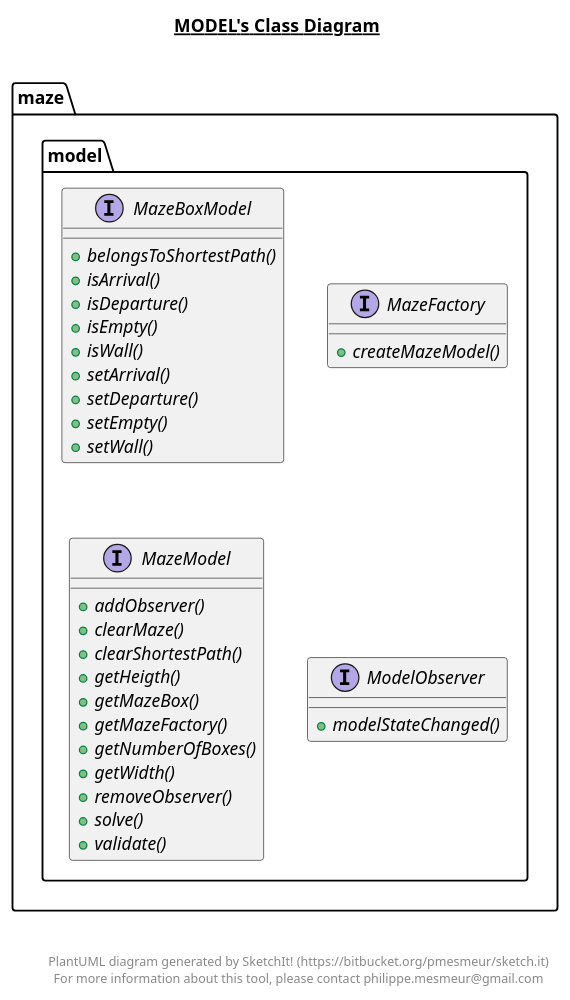
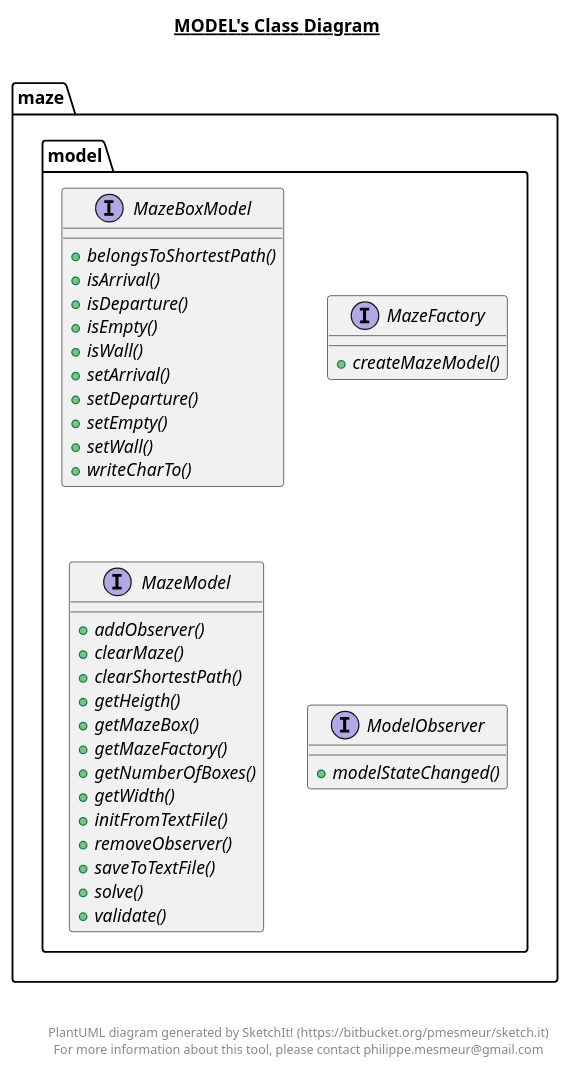
The diagram in src/maze/model/model.plantuml (kali973/tp06MazuiDijkstra), drawn with PlantUML before and after one commit. The commit also changed 29 other files, not shown here.

```diff
--- a/src/maze/model/model.plantuml
+++ b/src/maze/model/model.plantuml
@@ -1,68 +1,71 @@
 @startuml
 
 title __MODEL's Class Diagram__\n
 
   namespace maze {
     namespace model {
       interface maze.model.MazeBoxModel {
           {abstract} + belongsToShortestPath()
           {abstract} + isArrival()
           {abstract} + isDeparture()
           {abstract} + isEmpty()
           {abstract} + isWall()
           {abstract} + setArrival()
           {abstract} + setDeparture()
           {abstract} + setEmpty()
           {abstract} + setWall()
+          {abstract} + writeCharTo()
       }
     }
   }
   
 
   namespace maze {
     namespace model {
       interface maze.model.MazeFactory {
           {abstract} + createMazeModel()
       }
     }
   }
   
 
   namespace maze {
     namespace model {
       interface maze.model.MazeModel {
           {abstract} + addObserver()
           {abstract} + clearMaze()
           {abstract} + clearShortestPath()
           {abstract} + getHeigth()
           {abstract} + getMazeBox()
           {abstract} + getMazeFactory()
           {abstract} + getNumberOfBoxes()
           {abstract} + getWidth()
+          {abstract} + initFromTextFile()
           {abstract} + removeObserver()
+          {abstract} + saveToTextFile()
           {abstract} + solve()
           {abstract} + validate()
       }
     }
   }
   
 
   namespace maze {
     namespace model {
       interface maze.model.ModelObserver {
           {abstract} + modelStateChanged()
       }
     }
   }
   
 
 
 
 right footer
 
 
 PlantUML diagram generated by SketchIt! (https://bitbucket.org/pmesmeur/sketch.it)
 For more information about this tool, please contact philippe.mesmeur@gmail.com
 endfooter
 
 @enduml
```
